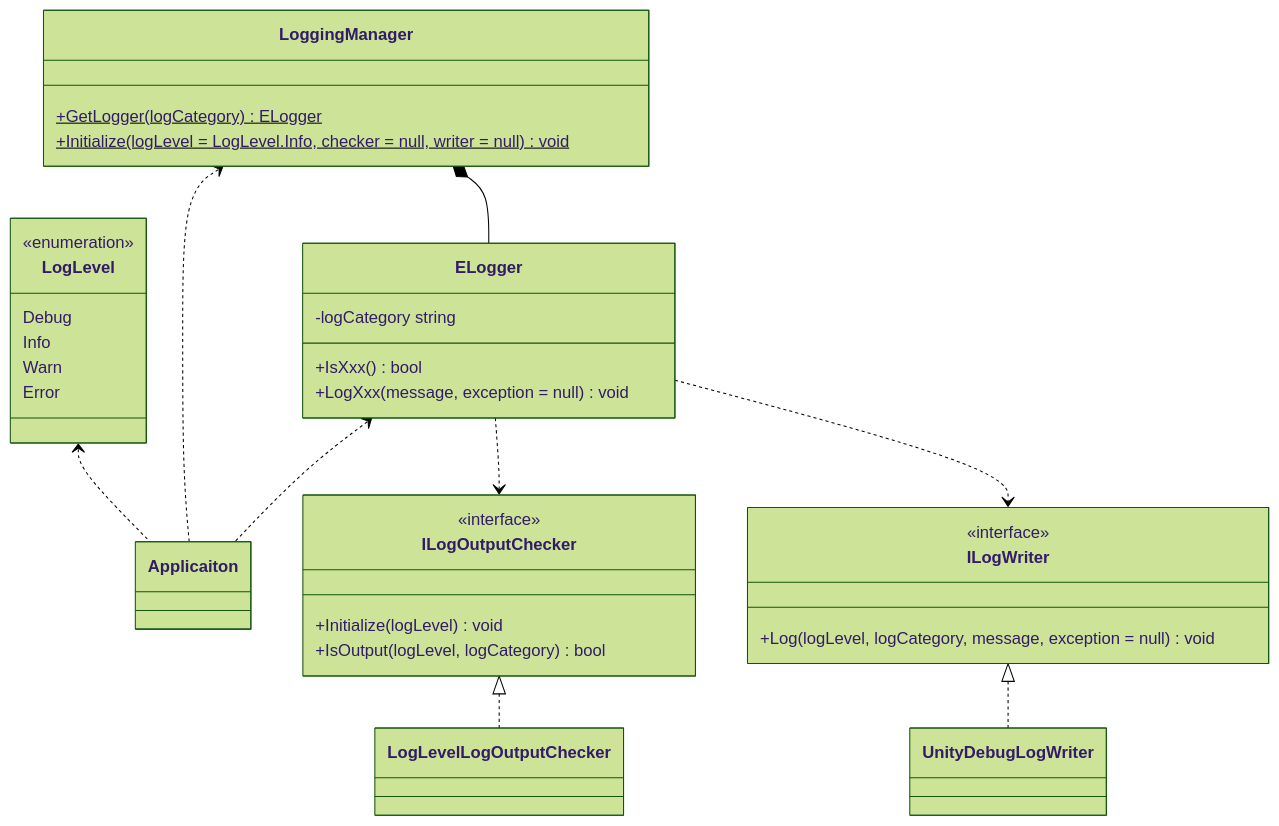
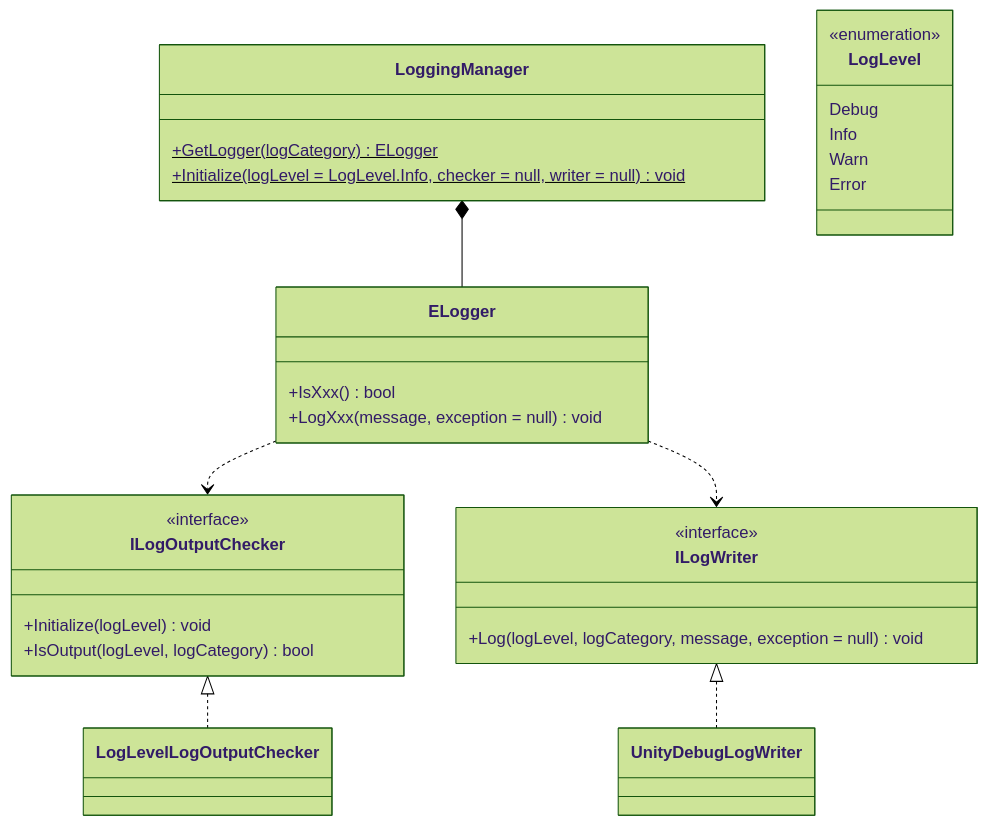
Before and after one commit to extreal-dev/Extreal.Guide: the first of 2 diagrams in docs/core/logging.md, drawn with Mermaid (forest theme). The commit also changed 1 other file, not shown here.

Commit message:
Usageで使い方を説明しているのでクラス図からApplicationを削除

````diff
--- a/docs/core/logging.md
+++ b/docs/core/logging.md
@@ -57,51 +57,44 @@
 ```mermaid
 classDiagram
 
-    LogLevel <.. Applicaiton
-    LoggingManager <.. Applicaiton
-    ELogger <.. Applicaiton
     LoggingManager *-- ELogger
     ELogger ..> ILogOutputChecker
     ELogger ..> ILogWriter
     ILogOutputChecker <|.. LogLevelLogOutputChecker
     ILogWriter <|.. UnityDebugLogWriter
-
-    class Applicaiton {
-    }
 
     class LogLevel {
         <<enumeration>>
         Debug
         Info
         Warn
         Error
     }
 
     class ELogger {
-        -logCategory string
         +IsXxx() bool
         +LogXxx(message, exception = null) void
     }
 
     class LoggingManager {
         +GetLogger(logCategory)$ ELogger
         +Initialize(logLevel = LogLevel.Info, checker = null, writer = null)$ void
     }
 
     class ILogOutputChecker {
         <<interface>>
         +Initialize(logLevel) void
         +IsOutput(logLevel, logCategory) bool
     }
 
     class ILogWriter {
         <<interface>>
         +Log(logLevel, logCategory, message, exception = null) void
     }
 
     class LogLevelLogOutputChecker {
     }
 
     class UnityDebugLogWriter {
     }
 ```
````
